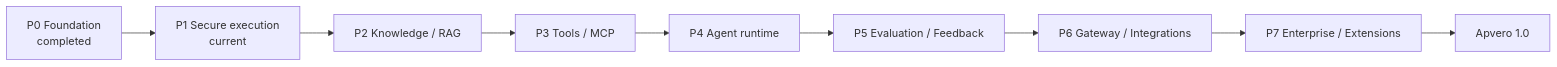
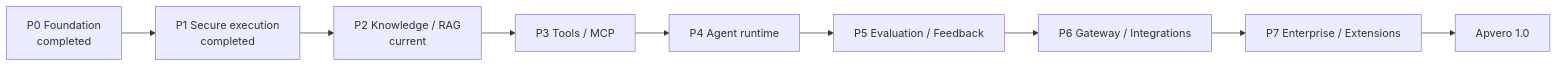
One commit to huangheng-dev/Apvero changed the first of 2 diagrams in docs/en/roadmap.md. Above: the diagram before and after it, drawn with Mermaid. The commit also changed other lines of this file and 17 other files, not shown here.

Commit message:
Establish P2.0 architecture and contract baseline

````diff
--- a/docs/en/roadmap.md
+++ b/docs/en/roadmap.md
@@ -11,13 +11,13 @@
 ```mermaid
 flowchart LR
     P0["P0 Foundation<br/>completed"]
-    P1["P1 Secure execution<br/>current"]
-    P2["P2 Knowledge / RAG"]
+    P1["P1 Secure execution<br/>completed"]
+    P2["P2 Knowledge / RAG<br/>current"]
     P3["P3 Tools / MCP"]
     P4["P4 Agent runtime"]
     P5["P5 Evaluation / Feedback"]
     P6["P6 Gateway / Integrations"]
     P7["P7 Enterprise / Extensions"]
     V1["Apvero 1.0"]
     P0 --> P1 --> P2 --> P3 --> P4 --> P5 --> P6 --> P7 --> V1
 ```
````
